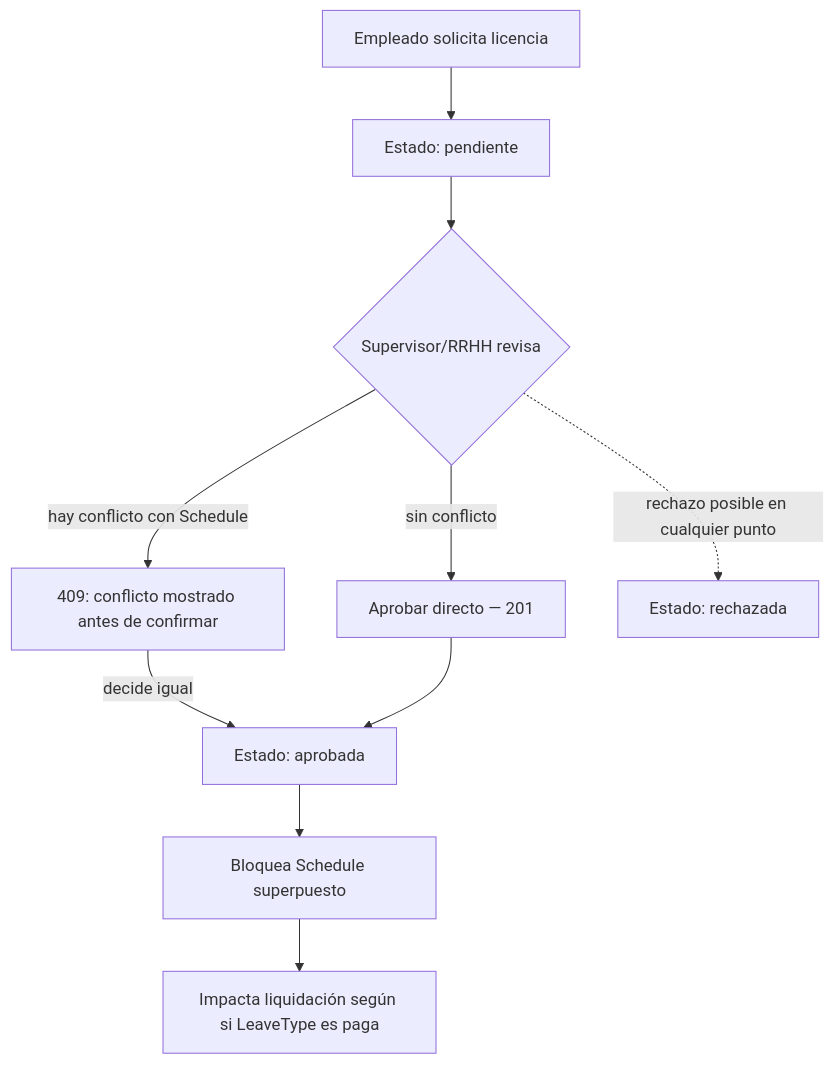
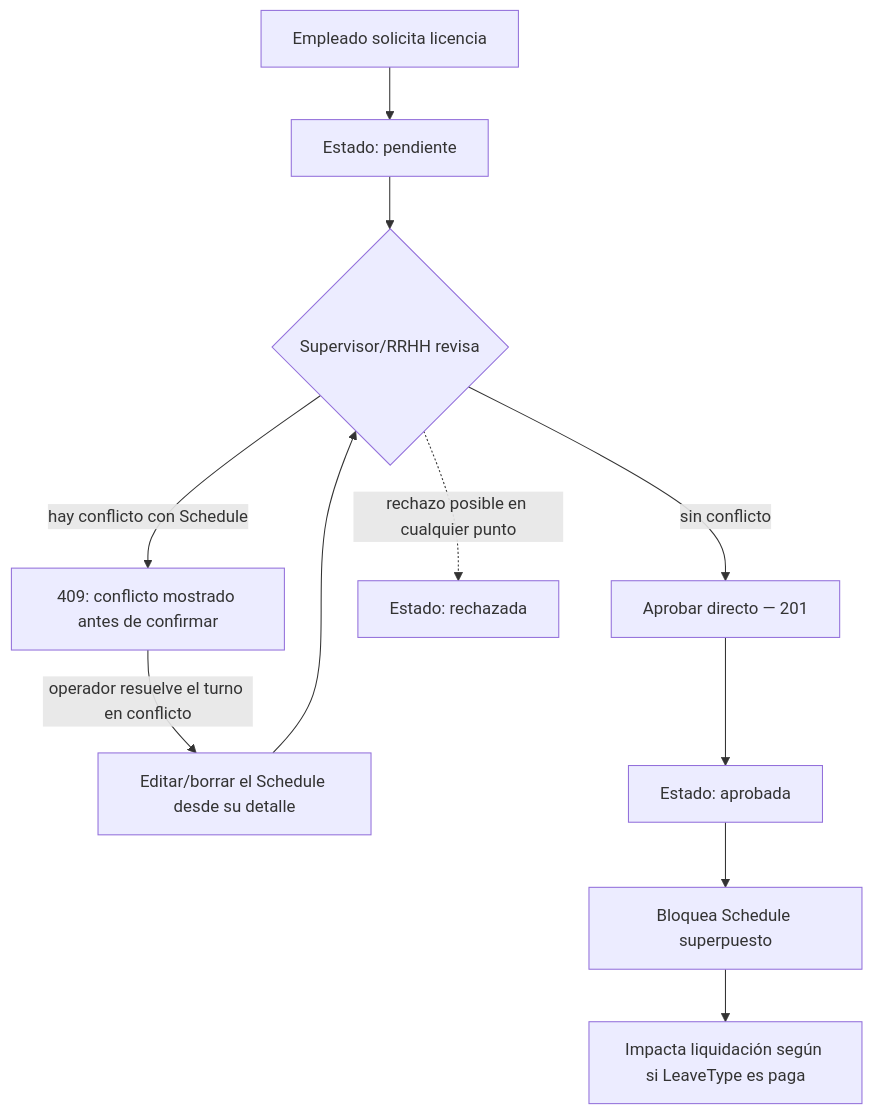
One commit to BautistaChamorroD/Staffly changed the first of 3 diagrams in docs/flujos-proceso.md. Above: the diagram before and after it, drawn with Mermaid. The commit also changed other lines of this file and 4 other files, not shown here.

````diff
--- a/docs/flujos-proceso.md
+++ b/docs/flujos-proceso.md
@@ -9,12 +9,13 @@
 ```mermaid
 flowchart TD
     A[Empleado solicita licencia] --> B[Estado: pendiente]
     B --> C{Supervisor/RRHH revisa}
     C -->|sin conflicto| D[Aprobar directo — 201]
     C -->|hay conflicto con Schedule| E[409: conflicto mostrado antes de confirmar]
-    E -->|decide igual| F[Estado: aprobada]
-    D --> F
+    E -->|operador resuelve el turno en conflicto| J[Editar/borrar el Schedule desde su detalle]
+    J --> C
+    D --> F[Estado: aprobada]
     F --> G[Bloquea Schedule superpuesto]
     G --> H[Impacta liquidación según si LeaveType es paga]
     C -.->|rechazo posible en cualquier punto| I[Estado: rechazada]
 ```
````
